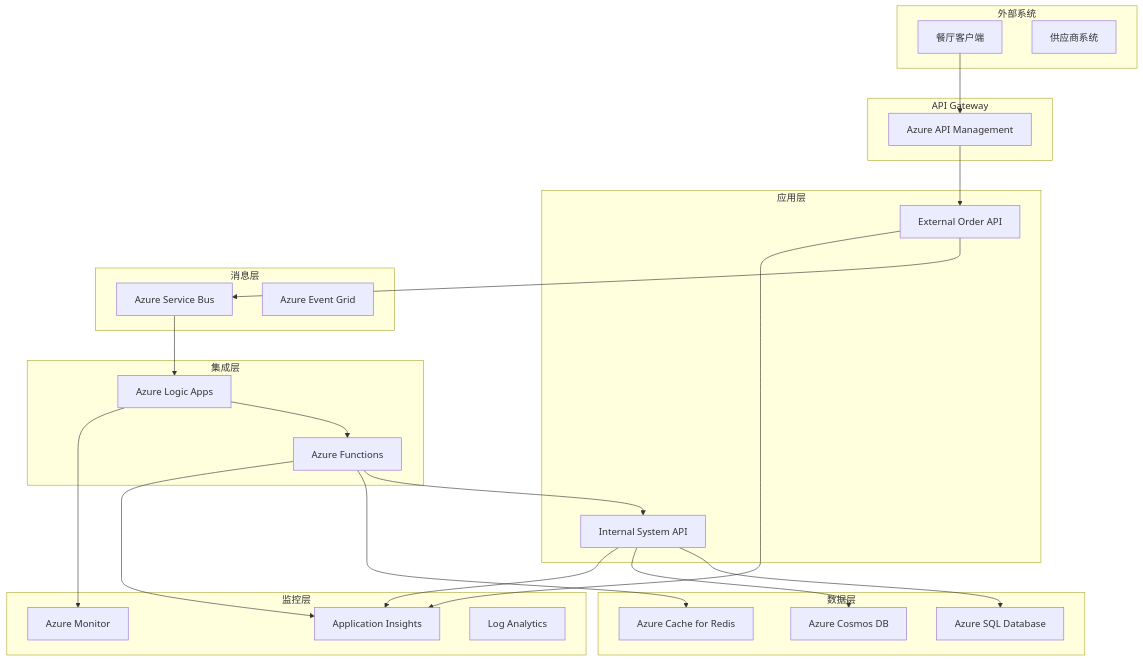
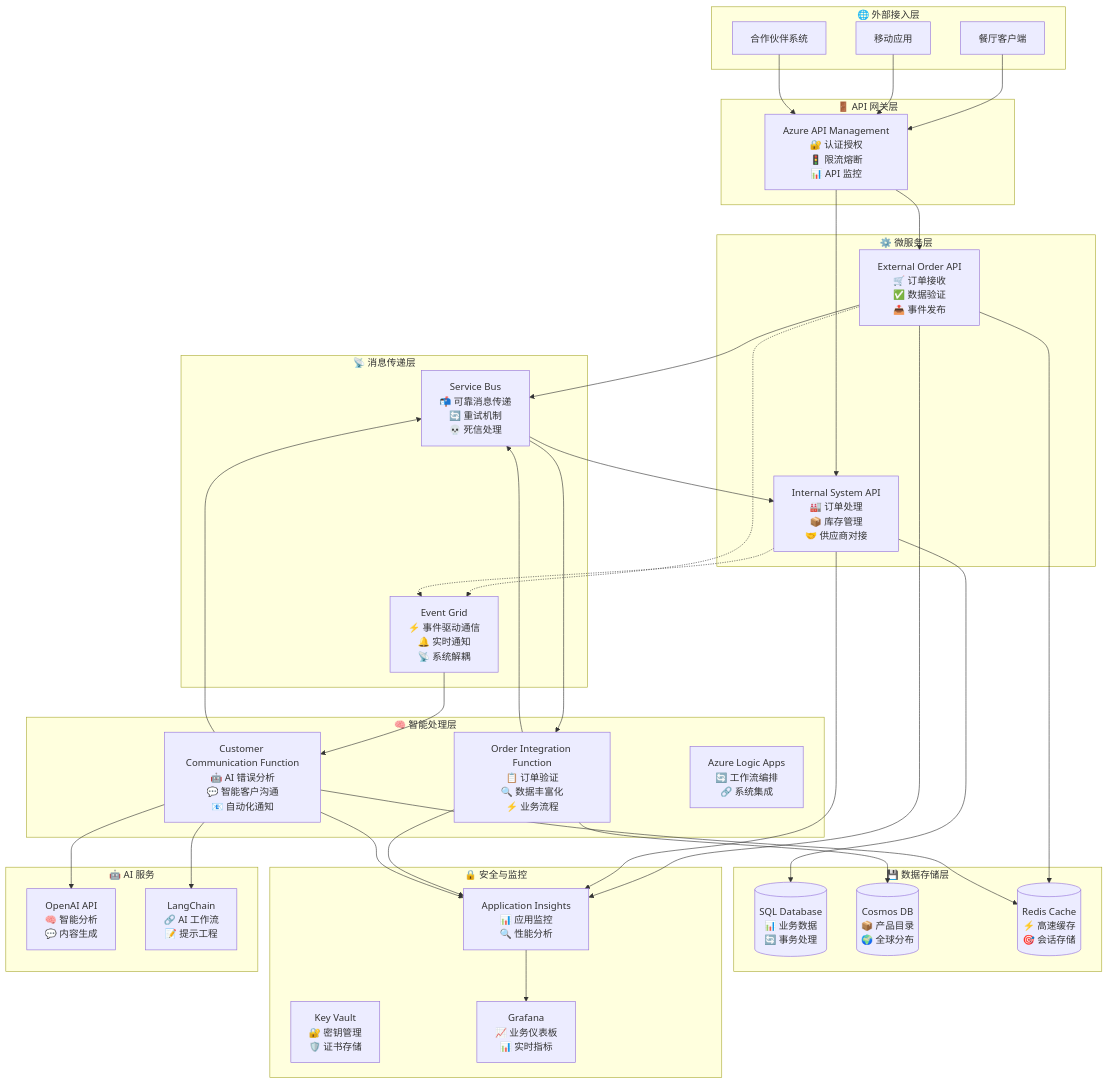
One commit to guangliangyang/FoodOrderConnect changed the first of 3 diagrams in docs/architecture.md. Above: the diagram before and after it, drawn with Mermaid. The commit also changed other lines of this file and 97 other files, not shown here.

````diff
--- a/docs/architecture.md
+++ b/docs/architecture.md
@@ -24,53 +27,78 @@
 ```mermaid
 graph TB
-    subgraph "外部系统"
+    subgraph "🌐 外部接入层"
         Client[餐厅客户端]
-        Supplier[供应商系统]
+        Mobile[移动应用]
+        Partner[合作伙伴系统]
     end
     
-    subgraph "API Gateway"
-        APIM[Azure API Management]
+    subgraph "🚪 API 网关层" 
+        APIM[Azure API Management<br/>🔐 认证授权<br/>🚦 限流熔断<br/>📊 API 监控]
     end
     
-    subgraph "应用层"
-        ExtAPI[External Order API]
-        IntAPI[Internal System API]
+    subgraph "⚙️ 微服务层"
+        ExtAPI[External Order API<br/>🛒 订单接收<br/>✅ 数据验证<br/>📤 事件发布]
+        IntAPI[Internal System API<br/>🏭 订单处理<br/>📦 库存管理<br/>🤝 供应商对接]
     end
     
-    subgraph "集成层"
-        LogicApp[Azure Logic Apps]
-        Functions[Azure Functions]
+    subgraph "🧠 智能处理层"
+        OrderFunc[Order Integration Function<br/>📋 订单验证<br/>🔍 数据丰富化<br/>⚡ 业务流程]
+        AIFunc[Customer Communication Function<br/>🤖 AI 错误分析<br/>💬 智能客户沟通<br/>📧 自动化通知]
+        LogicApp[Azure Logic Apps<br/>🔄 工作流编排<br/>🔗 系统集成]
     end
     
-    subgraph "消息层"
-        ServiceBus[Azure Service Bus]
-        EventGrid[Azure Event Grid]
+    subgraph "📡 消息传递层"
+        SB[Service Bus<br/>📬 可靠消息传递<br/>🔄 重试机制<br/>💀 死信处理]
+        EG[Event Grid<br/>⚡ 事件驱动通信<br/>🔔 实时通知<br/>📡 系统解耦]
     end
     
-    subgraph "数据层"
-        SQL[Azure SQL Database]
-        Cosmos[Azure Cosmos DB]
-        Redis[Azure Cache for Redis]
+    subgraph "💾 数据存储层"
+        SQL[(SQL Database<br/>📊 业务数据<br/>🔄 事务处理)]
+        Cosmos[(Cosmos DB<br/>📦 产品目录<br/>🌍 全球分布)]
+        Redis[(Redis Cache<br/>⚡ 高速缓存<br/>🎯 会话存储)]
     end
     
-    subgraph "监控层"
-        AppInsights[Application Insights]
-        Monitor[Azure Monitor]
-        LogAnalytics[Log Analytics]
+    subgraph "🔒 安全与监控"
+        KV[Key Vault<br/>🔐 密钥管理<br/>🛡️ 证书存储]
+        AI_Insights[Application Insights<br/>📊 应用监控<br/>🔍 性能分析]
+        Grafana[Grafana<br/>📈 业务仪表板<br/>📊 实时指标]
     end
     
+    subgraph "🤖 AI 服务"
+        OpenAI[OpenAI API<br/>🧠 智能分析<br/>💬 内容生成]
+        LangChain[LangChain<br/>🔗 AI 工作流<br/>📝 提示工程]
+    end
+    
+    %% 数据流向
     Client --> APIM
+    Mobile --> APIM  
+    Partner --> APIM
     APIM --> ExtAPI
-    ExtAPI --> ServiceBus
-    ServiceBus --> LogicApp
-    LogicApp --> Functions
-    Functions --> IntAPI
+    APIM --> IntAPI
+    
+    ExtAPI --> SB
+    SB --> OrderFunc
+    OrderFunc --> SB
+    SB --> IntAPI
+    
+    %% AI 智能处理流
+    ExtAPI -.-> EG
+    IntAPI -.-> EG
+    EG --> AIFunc
+    AIFunc --> OpenAI
+    AIFunc --> LangChain
+    AIFunc --> SB
+    
+    %% 数据访问
+    ExtAPI --> Redis
     IntAPI --> SQL
-    IntAPI --> Cosmos
-    Functions --> Redis
+    OrderFunc --> Cosmos
+    AIFunc --> Redis
     
-    ExtAPI --> AppInsights
-    IntAPI --> AppInsights
-    Functions --> AppInsights
-    LogicApp --> Monitor
+    %% 监控流
+    ExtAPI --> AI_Insights
+    IntAPI --> AI_Insights
+    OrderFunc --> AI_Insights
+    AIFunc --> AI_Insights
+    AI_Insights --> Grafana
 ```
````
